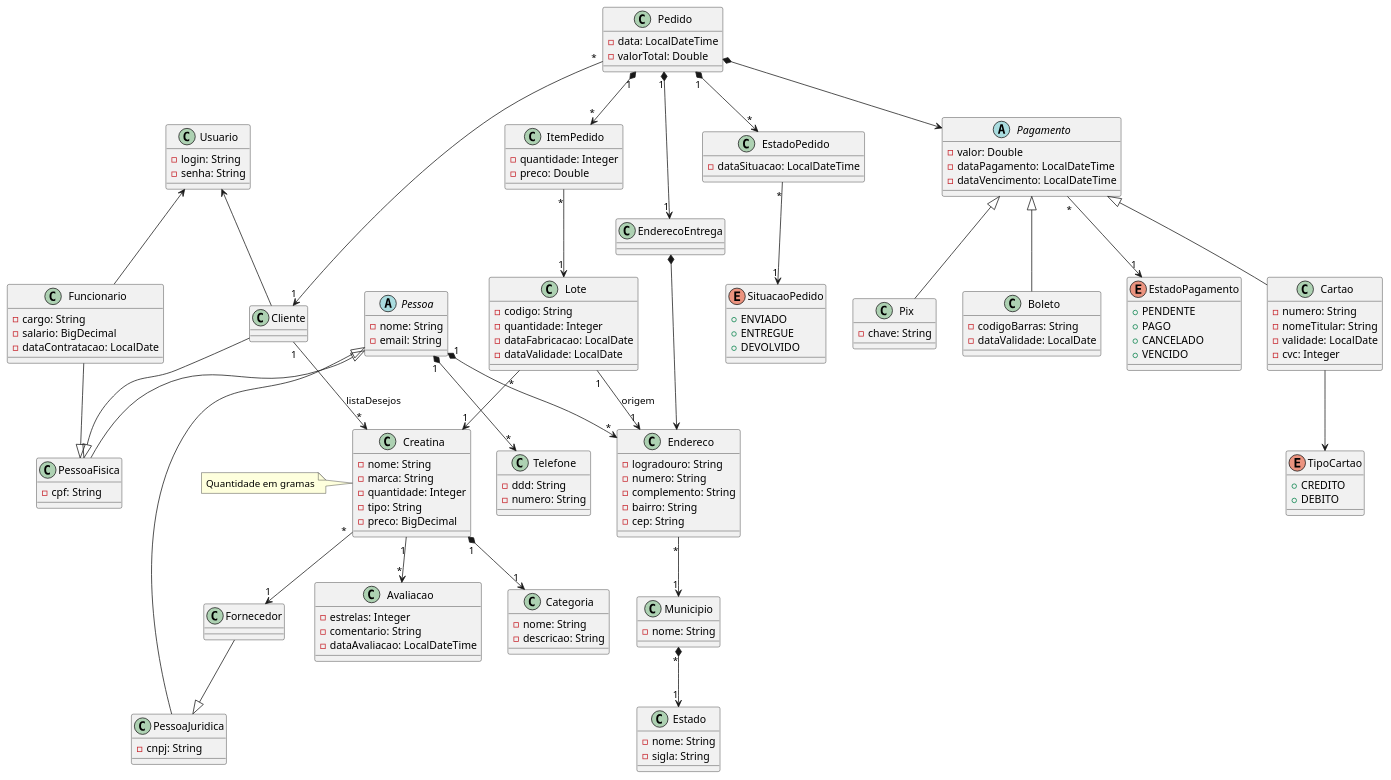
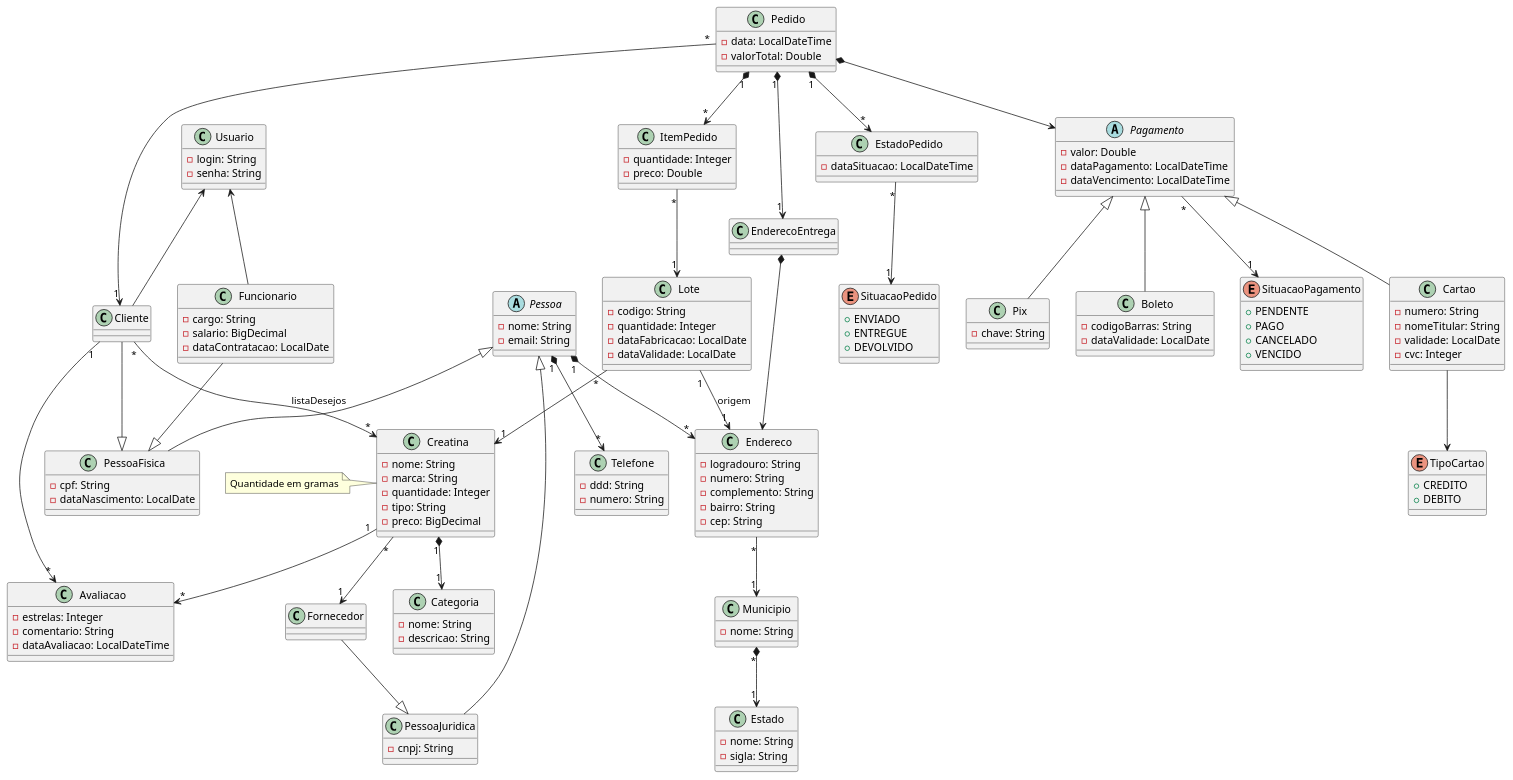
Before and after one commit to HallanChristian/creatina-tp1-quarkus: the diagram in src/main/resources/Creatina.plantuml, drawn with PlantUML. The commit also changed 42 other files, not shown here.

Commit message:
Mudanças para se adequar ao UML

```diff
--- a/src/main/resources/Creatina.plantuml
+++ b/src/main/resources/Creatina.plantuml
@@ -1,183 +1,185 @@
 @startuml Creatina
 
 abstract class Pessoa {
   - nome: String
   - email: String
 }
 
 class PessoaFisica {
   - cpf: String
+  - dataNascimento: LocalDate
 }
 
 class PessoaJuridica {
   - cnpj: String
 }
 
 class Usuario {
   - login: String
   - senha: String
 }
 
 class Cliente {
 }
 
 class Funcionario {
   - cargo: String
   - salario: BigDecimal
   - dataContratacao: LocalDate
 }
 
 Pessoa <|-- PessoaFisica
 Pessoa <|-- PessoaJuridica
 Usuario <-- Cliente
 Usuario <-- Funcionario
 Funcionario --|> PessoaFisica
 Cliente --|> PessoaFisica
 Fornecedor --|> PessoaJuridica
 
 class Telefone {
   - ddd: String
   - numero: String
 }
 
 class Endereco {
   - logradouro: String
   - numero: String
   - complemento: String
   - bairro: String
   - cep: String
 }
 
 class Municipio {
   - nome: String
 }
 
 class Estado {
   - nome: String
   - sigla: String
 }
 
 class Pedido {
   - data: LocalDateTime
   - valorTotal: Double
 }
 
 class ItemPedido {
   - quantidade: Integer
   - preco: Double
 }
 
 class EstadoPedido {
   - dataSituacao: LocalDateTime
 }
 
 Enum SituacaoPedido {
   + ENVIADO
   + ENTREGUE
   + DEVOLVIDO
 }
 
 class EnderecoEntrega {
 }
 
-Enum EstadoPagamento {
+Enum SituacaoPagamento {
   + PENDENTE
   + PAGO
   + CANCELADO
   + VENCIDO
 }
 
 abstract class Pagamento {
   - valor: Double
   - dataPagamento: LocalDateTime
   - dataVencimento: LocalDateTime
 }
 
 class Cartao {
   - numero: String
   - nomeTitular: String
   - validade: LocalDate
   - cvc: Integer
 }
 
 Enum TipoCartao {
   + CREDITO
   + DEBITO
 }
 
 class Pix {
   - chave: String
 }
 
 class Boleto {
   - codigoBarras: String
   - dataValidade: LocalDate
 }
 
 Pagamento <|-- Pix
 Pagamento <|-- Boleto
 Pagamento <|-- Cartao
-Pagamento "*" --> "1" EstadoPagamento
+Pagamento "*" --> "1" SituacaoPagamento
 
 class Fornecedor {
 }
 
 class Creatina {
   - nome: String
   - marca: String
   - quantidade: Integer
   - tipo: String
   - preco: BigDecimal
 }
 
 class Categoria {
   - nome: String
   - descricao: String
 }
 
 class Lote {
   - codigo: String
   - quantidade: Integer
   - dataFabricacao: LocalDate
   - dataValidade: LocalDate
 }
 
 class Avaliacao {
   - estrelas: Integer
   - comentario: String
   - dataAvaliacao: LocalDateTime
 }
 
 ' Relacionamentos
 
 Pessoa "1" *--> "*" Telefone
 Pessoa "1" *--> "*" Endereco
 
 EnderecoEntrega *--> Endereco
 Endereco "*" --> "1" Municipio
 Municipio "*" *--> "1" Estado
 
-Cliente "1" --> "*" Creatina : listaDesejos
+Cliente "*" --> "*" Creatina : listaDesejos
+Cliente "1" --> "*" Avaliacao
 
 ItemPedido "*" --> "1" Lote
 
 Pedido "*" --> "1" Cliente
 Pedido "1" *--> "*" ItemPedido
 Pedido *--> Pagamento
 Pedido "1" *--> "*" EstadoPedido
 Pedido "1" *--> "1" EnderecoEntrega
 
 EstadoPedido "*" --> "1" SituacaoPedido
 
 Cartao --> TipoCartao
 
 Creatina "1" *--> "1" Categoria
 Creatina "1" --> "*" Avaliacao
 Creatina "*" --> "1" Fornecedor
 
 Lote "*" --> "1" Creatina
 Lote "1" --> "1" Endereco : origem
 
 note left of Creatina: Quantidade em gramas
 
 @enduml
```
